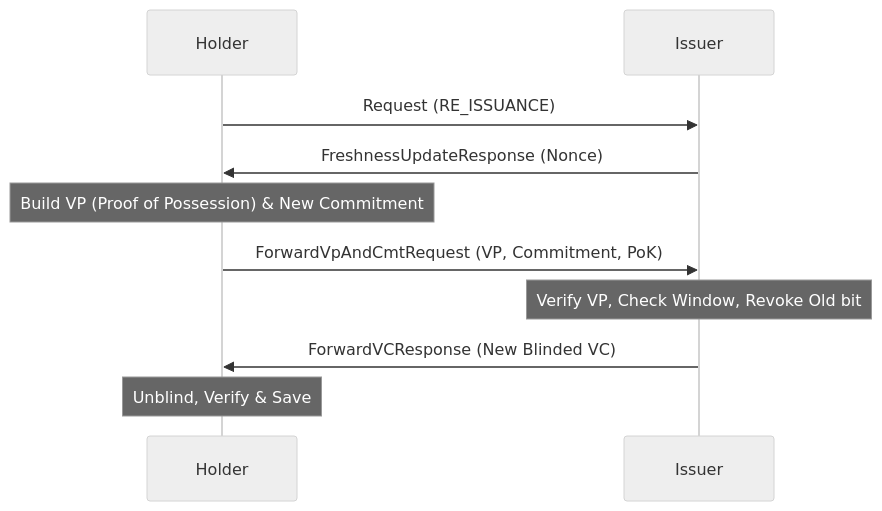
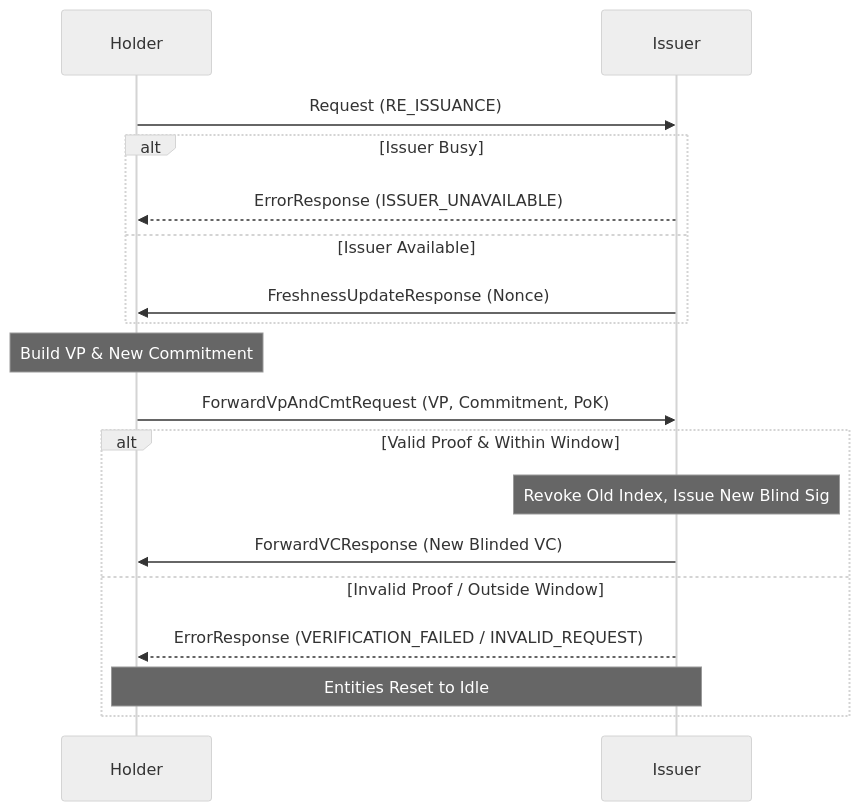
The third of 3 diagrams in PROTOCOL_FLOWS.md (ilya-smut/BBS-ISS-Prototype-DMU), drawn with Mermaid (neutral theme) before and after one commit. The commit also changed other lines of this file, not shown here.

Commit message:
update protocol flows docs

````diff
--- a/PROTOCOL_FLOWS.md
+++ b/PROTOCOL_FLOWS.md
@@ -86,13 +97,23 @@
 ```mermaid
 sequenceDiagram
     participant H as Holder
     participant I as Issuer
 
     H->>I: Request (RE_ISSUANCE)
-    I->>H: FreshnessUpdateResponse (Nonce)
-    Note over H: Build VP (Proof of Possession) & New Commitment
+    alt Issuer Busy
+        I-->>H: ErrorResponse (ISSUER_UNAVAILABLE)
+    else Issuer Available
+        I->>H: FreshnessUpdateResponse (Nonce)
+    end
+
+    Note over H: Build VP & New Commitment
     H->>I: ForwardVpAndCmtRequest (VP, Commitment, PoK)
-    Note over I: Verify VP, Check Window, Revoke Old bit
-    I->>H: ForwardVCResponse (New Blinded VC)
-    Note over H: Unblind, Verify & Save
+    
+    alt Valid Proof & Within Window
+        Note over I: Revoke Old Index, Issue New Blind Sig
+        I->>H: ForwardVCResponse (New Blinded VC)
+    else Invalid Proof / Outside Window
+        I-->>H: ErrorResponse (VERIFICATION_FAILED / INVALID_REQUEST)
+        Note over I,H: Entities Reset to Idle
+    end
 ```
````
